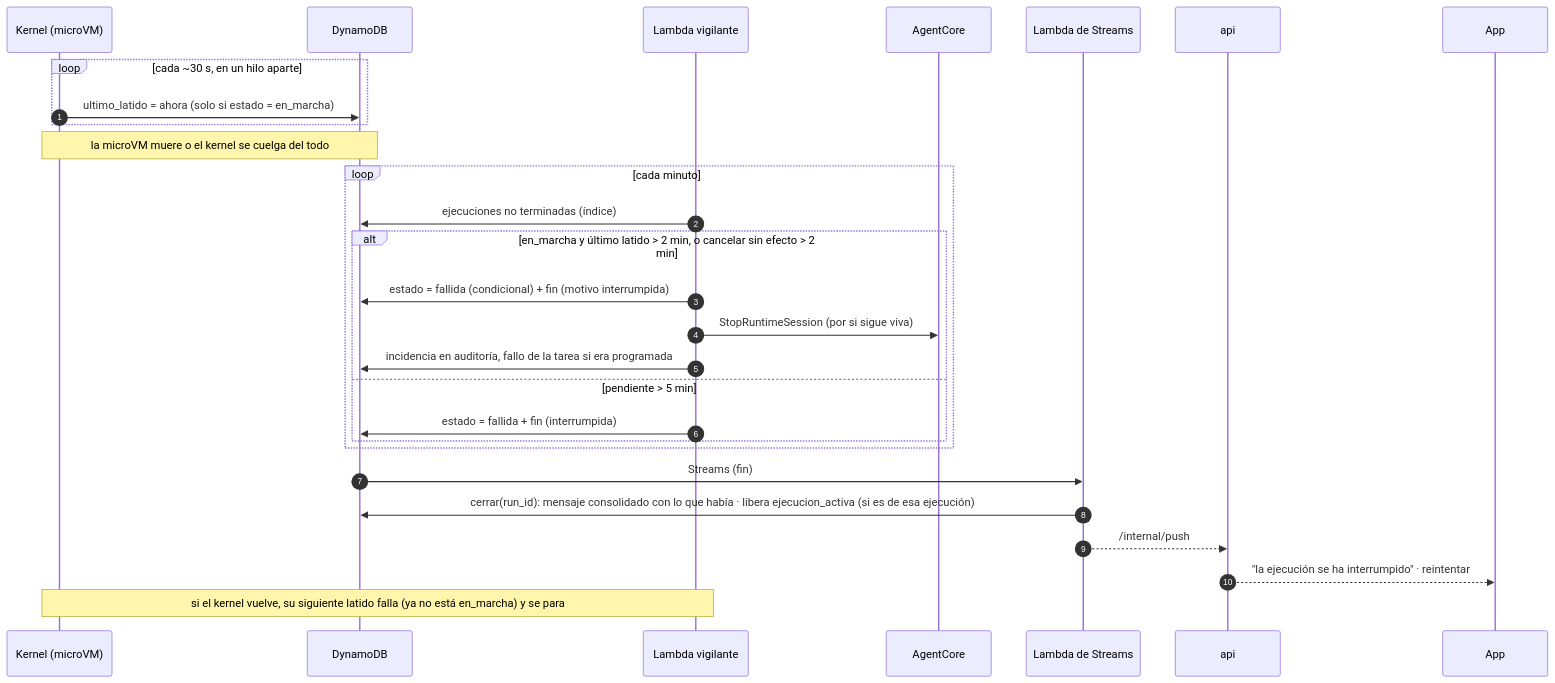
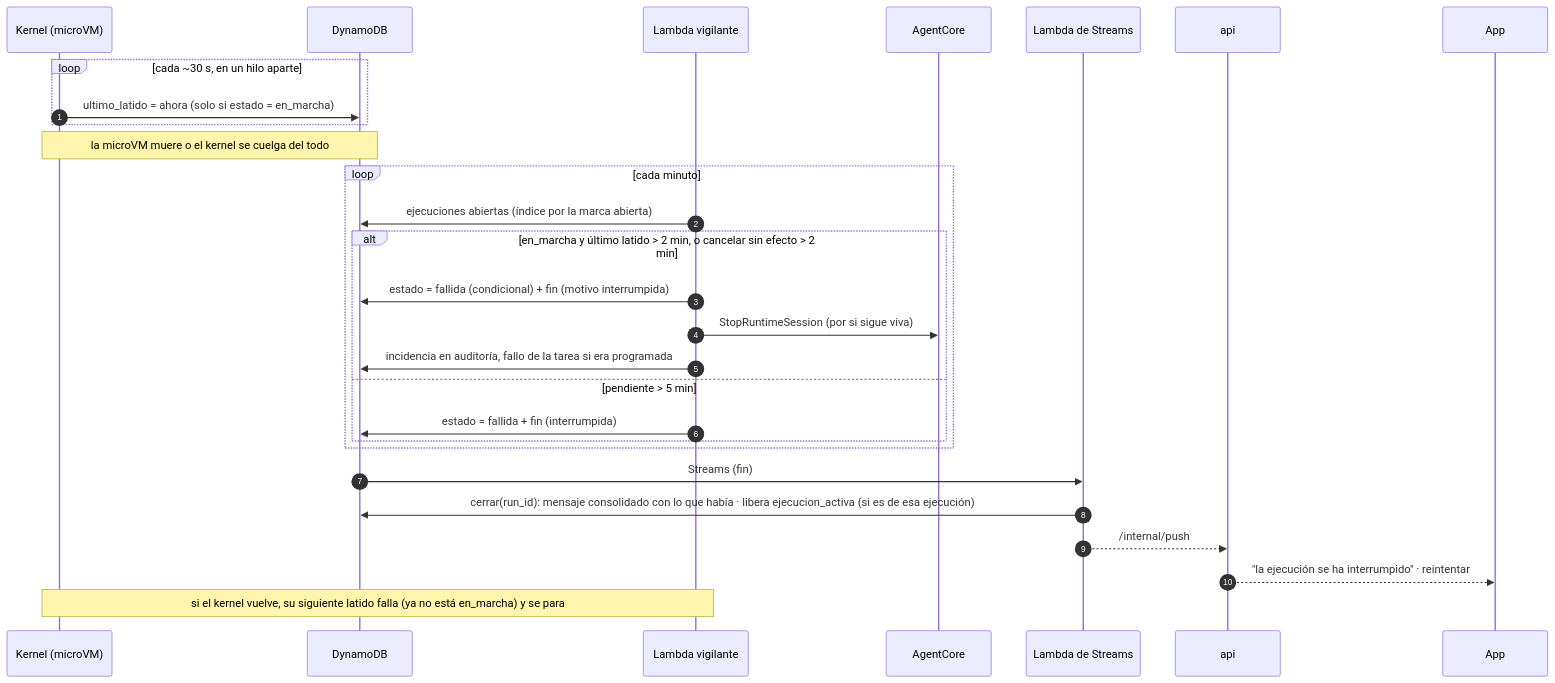
Before and after one commit to ikermendi/sample-agent-platform-with-agentcore: the sixth of 9 diagrams in docs/arquitectura-agentes.md, drawn with Mermaid. The commit also changed other lines of this file, not shown here.

````diff
--- a/docs/arquitectura-agentes.md
+++ b/docs/arquitectura-agentes.md
@@ -618,31 +618,31 @@
 ```mermaid
 sequenceDiagram
   autonumber
   participant K as Kernel (microVM)
   participant D as DynamoDB
   participant V as Lambda vigilante
   participant AC as AgentCore
   participant C as Lambda de Streams
   participant API as api
   participant App as App
 
   loop cada ~30 s, en un hilo aparte
     K->>D: ultimo_latido = ahora (solo si estado = en_marcha)
   end
   Note over K,D: la microVM muere o el kernel se cuelga del todo
   loop cada minuto
-    V->>D: ejecuciones no terminadas (índice)
+    V->>D: ejecuciones abiertas (índice por la marca abierta)
     alt en_marcha y último latido > 2 min, o cancelar sin efecto > 2 min
       V->>D: estado = fallida (condicional) + fin (motivo interrumpida)
       V->>AC: StopRuntimeSession (por si sigue viva)
       V->>D: incidencia en auditoría, fallo de la tarea si era programada
     else pendiente > 5 min
       V->>D: estado = fallida + fin (interrumpida)
     end
   end
   D->>C: Streams (fin)
   C->>D: cerrar(run_id): mensaje consolidado con lo que había · libera ejecucion_activa (si es de esa ejecución)
   C-->>API: /internal/push
   API-->>App: "la ejecución se ha interrumpido" · reintentar
   Note over K,V: si el kernel vuelve, su siguiente latido falla (ya no está en_marcha) y se para
 ```
````
